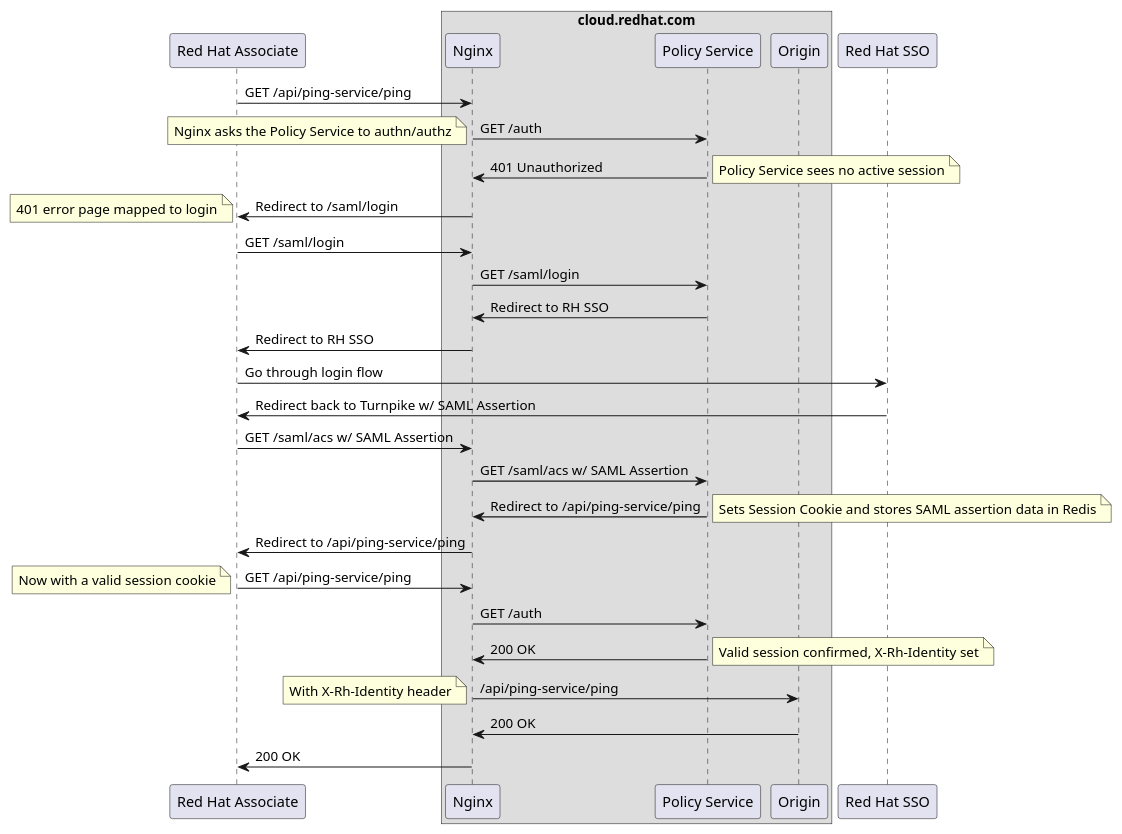
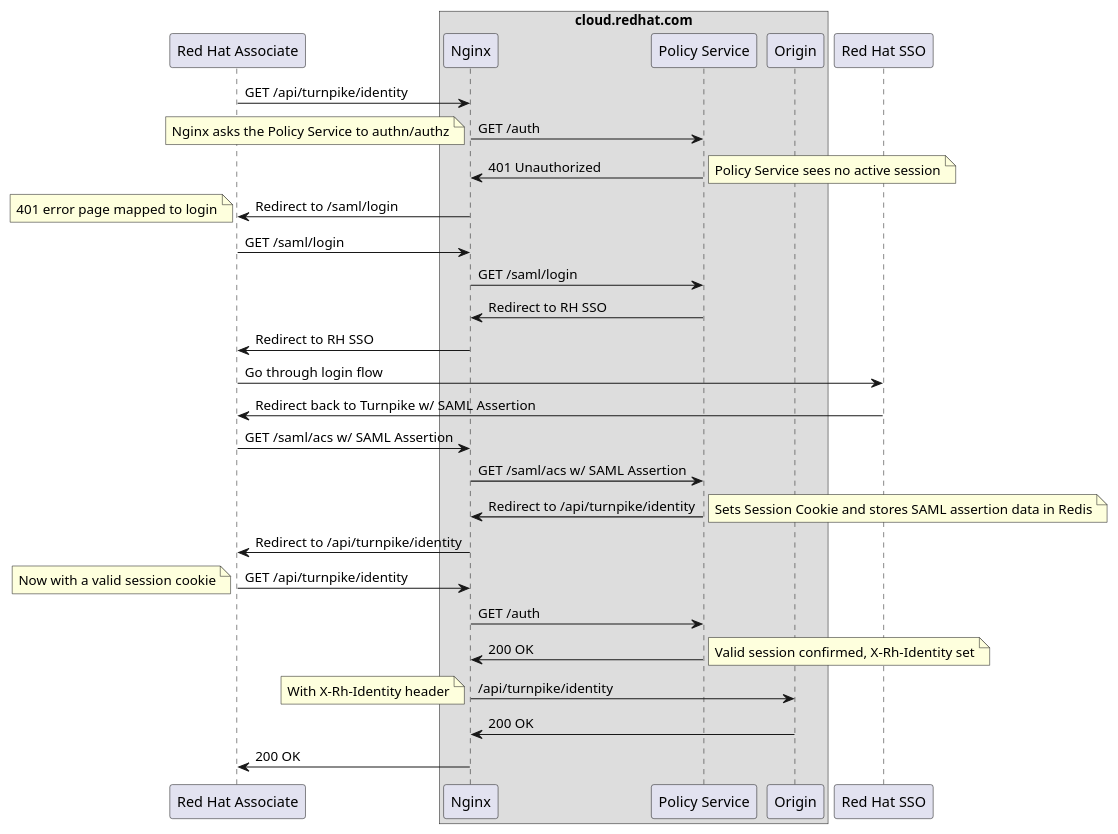
The diagram in docs/userflow.puml (RedHatInsights/turnpike), drawn with PlantUML before and after one commit. The commit also changed 3 other files, not shown here.

First line of the commit message:
Make `/api/ping-service/ping` a more useful `/api/turnpike/identity` endpoint

```diff
--- a/docs/userflow.puml
+++ b/docs/userflow.puml
@@ -1,39 +1,39 @@
 @startuml turnpike-userflow
 
 participant "Red Hat Associate" as rh_associate
 box "cloud.redhat.com"
 participant Nginx
 participant "Policy Service" as policy_service
 participant Origin
 end box
 participant "Red Hat SSO" as rh_sso
 
-rh_associate -> Nginx: GET /api/ping-service/ping
+rh_associate -> Nginx: GET /api/turnpike/identity
 Nginx -> policy_service: GET /auth
 note left: Nginx asks the Policy Service to authn/authz
 policy_service -> Nginx: 401 Unauthorized
 note right: Policy Service sees no active session
 Nginx -> rh_associate: Redirect to /saml/login
 note left: 401 error page mapped to login
 rh_associate -> Nginx: GET /saml/login
 Nginx -> policy_service: GET /saml/login
 policy_service -> Nginx: Redirect to RH SSO
 Nginx -> rh_associate: Redirect to RH SSO
 rh_associate -> rh_sso: Go through login flow
 rh_sso -> rh_associate: Redirect back to Turnpike w/ SAML Assertion
 rh_associate -> Nginx: GET /saml/acs w/ SAML Assertion
 Nginx -> policy_service: GET /saml/acs w/ SAML Assertion
-policy_service -> Nginx: Redirect to /api/ping-service/ping
+policy_service -> Nginx: Redirect to /api/turnpike/identity
 note right: Sets Session Cookie and stores SAML assertion data in Redis
-Nginx ->  rh_associate: Redirect to /api/ping-service/ping
-rh_associate -> Nginx: GET /api/ping-service/ping
+Nginx ->  rh_associate: Redirect to /api/turnpike/identity
+rh_associate -> Nginx: GET /api/turnpike/identity
 note left: Now with a valid session cookie
 Nginx -> policy_service: GET /auth
 policy_service -> Nginx: 200 OK
 note right: Valid session confirmed, X-Rh-Identity set
-Nginx -> Origin: /api/ping-service/ping
+Nginx -> Origin: /api/turnpike/identity
 note left: With X-Rh-Identity header
 Origin -> Nginx: 200 OK
 Nginx -> rh_associate: 200 OK
 
 @enduml
```
